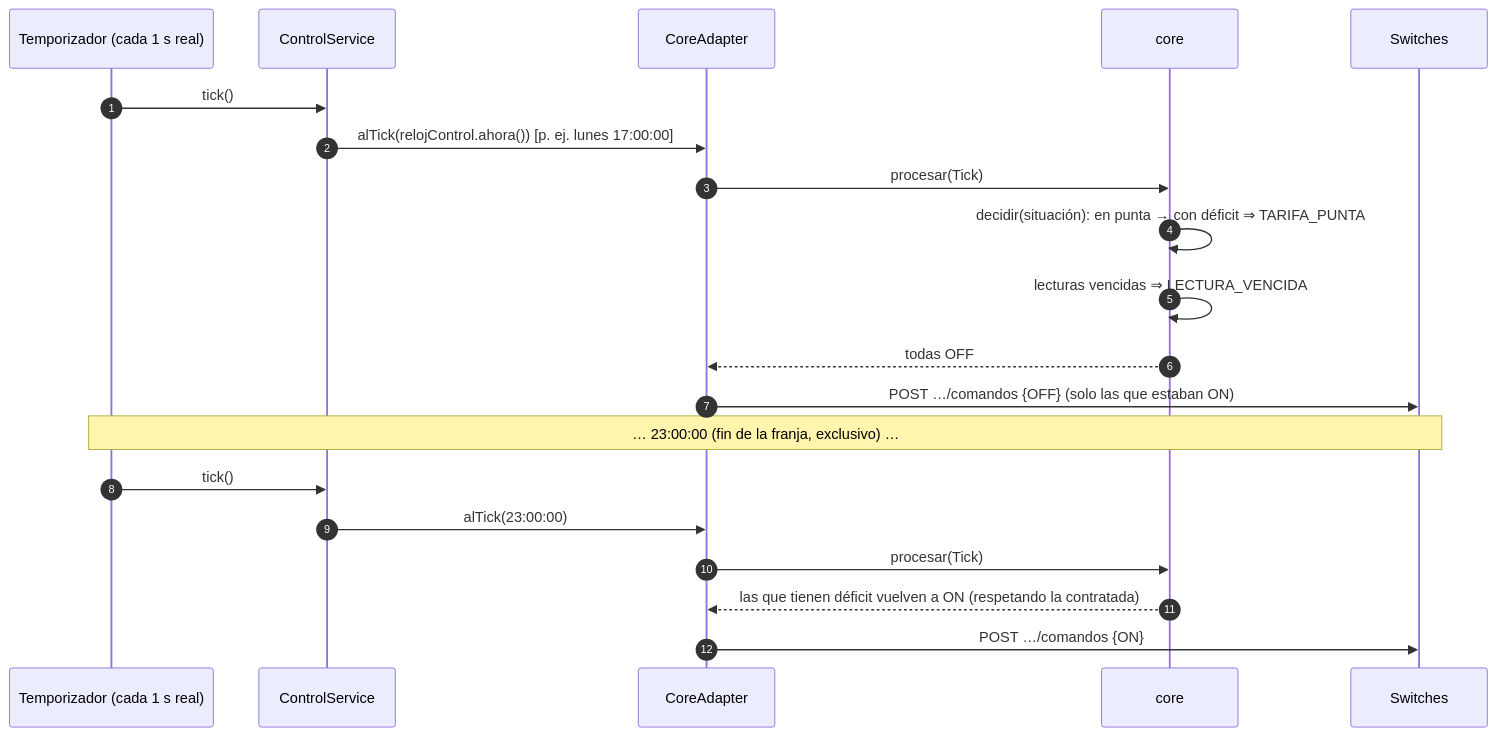
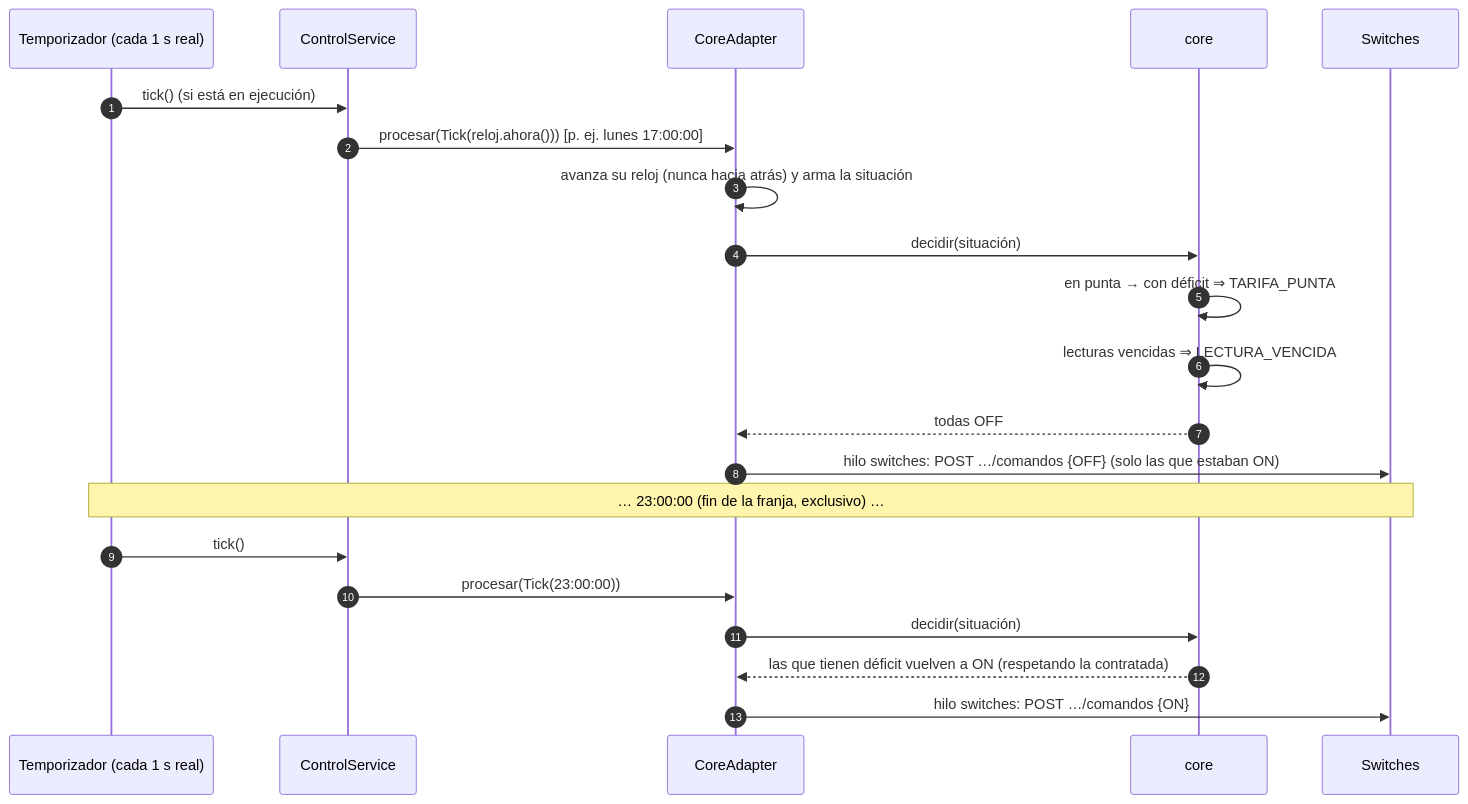
One commit to BrayanBCode/iiss-2026-grupo-4 changed the sixth of 9 diagrams in docs/arquitectura/4mas1.md. Above: the diagram before and after it, drawn with Mermaid. The commit also changed other lines of this file and 1 other file, not shown here.

Commit message:
docs: 4+1 actualizado al diseño actual del core y del engine (T11a)

````diff
--- a/docs/arquitectura/4mas1.md
+++ b/docs/arquitectura/4mas1.md
@@ -423,23 +485,24 @@
 ```mermaid
 sequenceDiagram
     autonumber
     participant Tm as Temporizador (cada 1 s real)
     participant Ctl as ControlService
     participant Ad as CoreAdapter
     participant Core as core
     participant Sw as Switches
 
-    Tm->>Ctl: tick()
-    Ctl->>Ad: alTick(relojControl.ahora())  [p. ej. lunes 17:00:00]
-    Ad->>Core: procesar(Tick)
-    Core->>Core: decidir(situación): en punta → con déficit ⇒ TARIFA_PUNTA
+    Tm->>Ctl: tick() (si está en ejecución)
+    Ctl->>Ad: procesar(Tick(reloj.ahora()))  [p. ej. lunes 17:00:00]
+    Ad->>Ad: avanza su reloj (nunca hacia atrás) y arma la situación
+    Ad->>Core: decidir(situación)
+    Core->>Core: en punta → con déficit ⇒ TARIFA_PUNTA
     Core->>Core: lecturas vencidas ⇒ LECTURA_VENCIDA
     Core-->>Ad: todas OFF
-    Ad->>Sw: POST …/comandos {OFF} (solo las que estaban ON)
+    Ad->>Sw: hilo switches: POST …/comandos {OFF} (solo las que estaban ON)
     Note over Tm,Sw: … 23:00:00 (fin de la franja, exclusivo) …
     Tm->>Ctl: tick()
-    Ctl->>Ad: alTick(23:00:00)
-    Ad->>Core: procesar(Tick)
+    Ctl->>Ad: procesar(Tick(23:00:00))
+    Ad->>Core: decidir(situación)
     Core-->>Ad: las que tienen déficit vuelven a ON (respetando la contratada)
-    Ad->>Sw: POST …/comandos {ON}
+    Ad->>Sw: hilo switches: POST …/comandos {ON}
 ```
````
